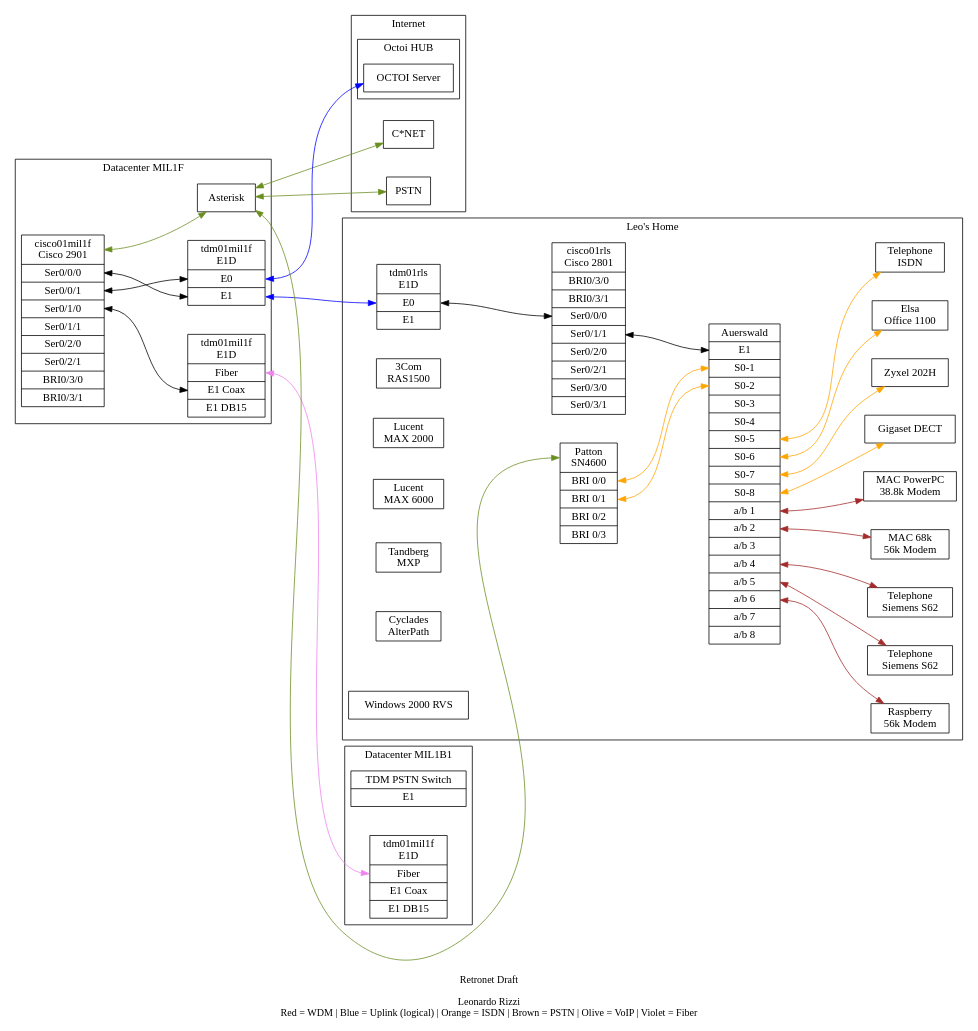
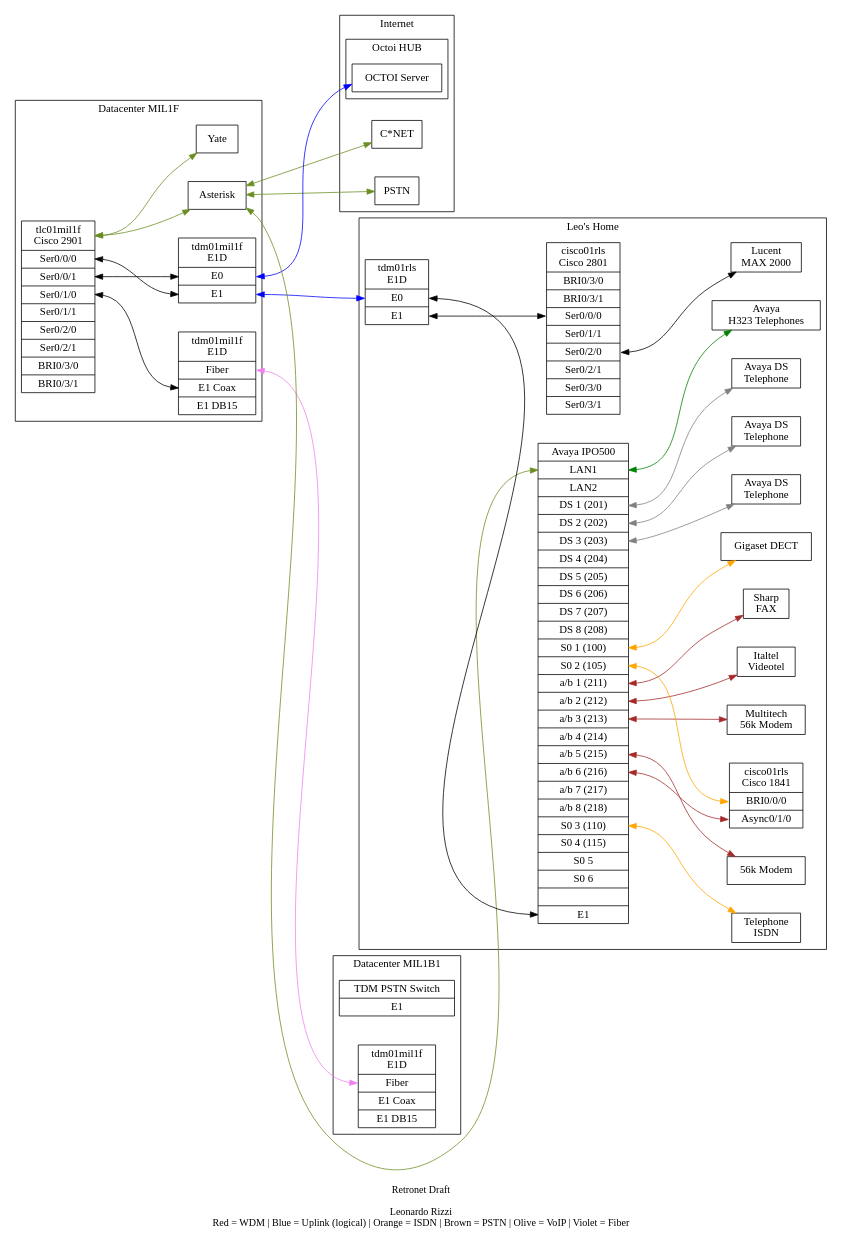
The diagram in e1d.gv (lrizzi/retronet), drawn with Graphviz before and after one commit. The commit also changed 1 other file, not shown here.

```diff
--- a/e1d.gv
+++ b/e1d.gv
@@ -1,150 +1,178 @@
 graph TDM {
 graph [nodesep=0.5, ranksep=1.5];
 //rankdir=RL;
 rankdir=LR;
 //clusterrank=none
 compound=true;
 edge [dir="both"]
 //concentrate=true
 
 subgraph cluster0 {
   label="Internet";
 
-  cnet [shape=record,label="<host>C*NET"]
-  pstn [shape=record,label="<host>PSTN"]
+  cnet [shape=record,label="<host>C*NET"];
+  pstn [shape=record,label="<host>PSTN"];
 
 subgraph cluster00 {
   label="Octoi HUB";
 
-  octoihub [shape=record,label="OCTOI Server"];
+  octoihub [shape=record,label="<host>OCTOI Server"];
 
 }
 }
 
 subgraph cluster1 {
   label="Datacenter MIL1F";
   
-  pbx02mil1 [shape=record,label="<host>Asterisk"]
+  rlt01mil1 [shape=record,label="<host>Asterisk"];
+  rlt02mil1 [shape=record,label="<host>Yate"];
 
   tdm01mil1f [shape=record,label="<host>tdm01mil1f\nE1D|<e0>E0|<e1>E1"];
-  cisco01mil1f [shape=record,label="<host>cisco01mil1f\nCisco 2901|<s000>Ser0/0/0|<s001>Ser0/0/1|<s010>Ser0/1/0|<s011>Ser0/1/1|<s020>Ser0/2/0|<s021>Ser0/2/1|<bri030>BRI0/3/0|<bri031>BRI0/3/1"];
+  tlc01mil1f [shape=record,label="<host>tlc01mil1f\nCisco 2901|<s000>Ser0/0/0|<s001>Ser0/0/1|<s010>Ser0/1/0|<s011>Ser0/1/1|<s020>Ser0/2/0|<s021>Ser0/2/1|<bri030>BRI0/3/0|<bri031>BRI0/3/1"];
 
   fom01mil1f [shape=record,label="<host>tdm01mil1f\nE1D|<fiber>Fiber|<e1coax>E1 Coax|<e1db15>E1 DB15"];
 
 }
 
 subgraph cluster2 {
   label="Datacenter MIL1B1";
   
   tdm01mil1b1 [shape=record,label="<host>TDM PSTN Switch|<e1>E1"];
   fom01mil1b1 [shape=record,label="<host>tdm01mil1f\nE1D|<fiber>Fiber|<e1coax>E1 Coax|<e1db15>E1 DB15"];
   
 }
 
 subgraph cluster3 {
   label="Leo's Home";
-  compt01rls [shape=record,label="<host>Auerswald|<e1>E1|<s01>S0-1|<s02>S0-2|<s03>S0-3|<s04>S0-4|<s05>S0-5|<s06>S0-6|<s07>S0-7|<s08>S0-8|<ab1>a/b 1|<ab2>a/b 2|<ab3>a/b 3|<ab4>a/b 4|<ab5>a/b 5|<ab6>a/b 6|<ab7>a/b 7|<ab8>a/b 8"];
+  //compt01rls [shape=record,label="<host>Auerswald|<e1>E1|<s01>S0-1|<s02>S0-2|<s03>S0-3|<s04>S0-4|<s05>S0-5|<s06>S0-6|<s07>S0-7|<s08>S0-8|<ab1>a/b 1|<ab2>a/b 2|<ab3>a/b 3|<ab4>a/b 4|<ab5>a/b 5|<ab6>a/b 6|<ab7>a/b 7|<ab8>a/b 8"];
+  avaya01rls [shape=record,label="<host>Avaya IPO500|<lan1>LAN1|<lan2>LAN2|<ds_1-1>DS 1 (201)|<ds_1-2>DS 2 (202)|<ds_1-3>DS 3 (203)|<ds_1-4>DS 4 (204)|<ds_1-5>DS 5 (205)|<ds_1-6>DS 6 (206)|<ds_1-7>DS 7 (207)|<ds_1-8>DS 8 (208)|<s0_1-9>S0 1 (100)|<s0_1-10>S0 2 (105)|<ab_2-1>a/b 1 (211)|<ab_2-2>a/b 2 (212)|<ab_2-3>a/b 3 (213)|<ab_2-4>a/b 4 (214)|<ab_2-5>a/b 5 (215)|<ab_2-6>a/b 6 (216)|<ab_2-7>a/b 7 (217)|<ab_2-8>a/b 8 (218)|<s0_2-9>S0 3 (110)|<s0_2-10>S0 4 (115)|<s0_2-11>S0 5|<s0_2-12>S0 6||<e1_4-1>E1"];
   tdm01rls [shape=record,label="<host>tdm01rls\nE1D|<e0>E0|<e1>E1"];
 
   gigaset01rls [shape=record,label="Gigaset DECT"];
-  r02rls [shape=record,label="Zyxel 202H"]
-  r01rls [shape=record,label="Elsa\nOffice 1100"]
+  //r02rls [shape=record,label="Zyxel 202H"]
 
-  tel01rls [shape=record,label="Telephone\nSiemens S62"];
-  tel02rls [shape=record,label="Telephone\nSiemens S62"];
+  //tel01rls [shape=record,label="Telephone\nSiemens S62"];
+  //tel02rls [shape=record,label="Telephone\nSiemens S62"];
 
   itel01rls [shape=record,label="Telephone\nISDN"];
   
-  modem01rls [shape=record,label="MAC PowerPC\n38.8k Modem"];
-  modem02rls [shape=record,label="MAC 68k\n56k Modem"];
-  modem03rls [shape=record,label="Raspberry\n56k Modem"];
+  //modem01rls [shape=record,label="MAC PowerPC\n38.8k Modem"];
+  //modem02rls [shape=record,label="MAC 68k\n56k Modem"];
+  modem03rls [shape=record,label="56k Modem"];
+  modem04rls [shape=record,label="Multitech\n56k Modem"];
 
-  patton01 [shape=record,label="<host>Patton\nSN4600|<bri00>BRI 0/0|<bri01>BRI 0/1|<bri02>BRI 0/2|<bri03>BRI 0/3"]
+  viedotel01rls [shape=record,label="Italtel\nVideotel"];
+  fax01rls [shape=record,label="Sharp\nFAX"];
+
+  //patton01 [shape=record,label="<host>Patton\nSN4600|<bri00>BRI 0/0|<bri01>BRI 0/1|<bri02>BRI 0/2|<bri03>BRI 0/3"]
   cisco01rls [shape=record,label="<host>cisco01rls\nCisco 2801|<bri030>BRI0/3/0|<bri031>BRI0/3/1|<s010>Ser0/0/0|<s011>Ser0/1/1|<s020>Ser0/2/0|<s021>Ser0/2/1|<s030>Ser0/3/0|<s031>Ser0/3/1"];
+  cisco02rls [shape=record,label="<host>cisco01rls\nCisco 1841|<bri000>BRI0/0/0|<as010>Async0/1/0"];
 
   //compt02rls [shape=record,label="<host>Auerswald|<e1>E1|<s01>S0-1|<s02>S0-2|<s03>S0-3|<s04>S0-4|<s05>S0-5|<s06>S0-6|<s07>S0-7|<s08>S0-8|<ab1>a/b 1|<ab2>a/b 2|<ab3>a/b 3|<ab4>a/b 4|<ab5>a/b 5|<ab6>a/b 6|<ab7>a/b 7|<ab8>a/b 8"];
-  //cisco01rls [shape=record,label="<host>cisco01rls\nCisco 2821|<s000>Ser0/0/0|<s001>Ser0/0/1|<s010>Ser0/0/0|<s011>Ser0/1/1|<bri030>BRI0/3/0|<bri031>BRI0/3/1"];
-  //cisco02rls [shape=record,label="<host>cisco02rls\nCisco 2921|<s000>Ser0/0/0|<s001>Ser0/0/1|<s002>Ser0/0/2|<s003>Ser0/0/3|<s010>Ser0/1/0|<s011>Ser0/1/1|<s012>Ser0/1/2|<s013>Ser0/1/3|<bri030>BRI0/3/0|<bri031>BRI0/3/1"];
-  //cisco03rls [shape=record,label="<host>cisco03rls\nCisco 881V|<bri1>BRI1|<bri2>BRI2|<fxs3>FXS3|<fxs4>FXS4|<fxs5>FXS5|<fxs6>FXS6|<fxo7>FXO7"];
+  //cisco03rls [shape=record,label="<host>cisco03rls\nCisco 2821|<s000>Ser0/0/0|<s001>Ser0/0/1|<s010>Ser0/0/0|<s011>Ser0/1/1|<bri030>BRI0/3/0|<bri031>BRI0/3/1"];
+  //cisco04rls [shape=record,label="<host>cisco04rls\nCisco 2921|<s000>Ser0/0/0|<s001>Ser0/0/1|<s002>Ser0/0/2|<s003>Ser0/0/3|<s010>Ser0/1/0|<s011>Ser0/1/1|<s012>Ser0/1/2|<s013>Ser0/1/3|<bri030>BRI0/3/0|<bri031>BRI0/3/1"];
+  //cisco05rls [shape=record,label="<host>cisco05rls\nCisco 881V|<bri1>BRI1|<bri2>BRI2|<fxs3>FXS3|<fxs4>FXS4|<fxs5>FXS5|<fxs6>FXS6|<fxo7>FXO7"];
 
-  ras01rls [shape=record,label="<host>3Com\nRAS1500"]
+  //ras01rls [shape=record,label="<host>3Com\nRAS1500"]
   max01rls [shape=record,label="<host>Lucent\nMAX 2000"]
-  max02rls [shape=record,label="<host>Lucent\nMAX 6000"]
-  tandberg01 [shape=record,label="<host>Tandberg\nMXP"]
+  //max02rls [shape=record,label="<host>Lucent\nMAX 6000"]
+  //tandberg01 [shape=record,label="<host>Tandberg\nMXP"]
 
-  tsrv01 [shape=record,label="<host>Cyclades\nAlterPath"]
+  //tsrv01 [shape=record,label="<host>Cyclades\nAlterPath"]
 
-  // r01rls [shape=record,label="<host>Cisco\nWIC-BRI"]
-  // r02rls [shape=record,label="<host>LANCOM\n1700"]
-  //modem01rls [shape=record,label="Multitech\n56k Modem"];
+  //r02rls [shape=record,label="<host>LANCOM\n1700"]
   //tel01rls [shape=record,label="Telephone"];
+  
+  ds01rls [shape=record,label="Avaya DS\nTelephone"];
+  ds02rls [shape=record,label="Avaya DS\nTelephone"];
+  ds03rls [shape=record,label="Avaya DS\nTelephone"];
 
-  win2000 [shape=record,label="Windows 2000 RVS"];
+  h323rls [shape=record,label="Avaya\nH323 Telephones"];
+
+  //win2000 [shape=record,label="Windows 2000 RVS"];
   //gigaset02rls [shape=record,label="Gigaset DECT"];
 
 }
 
 // OCTOI Logical Link
 tdm01mil1f:e1 -- tdm01rls:e0 [color=blue]
 tdm01mil1f:e0 -- octoihub:host [color=blue]
 
 // MIL1 Campus Link
 fom01mil1f:fiber -- fom01mil1b1:fiber [color=violet]
 
 // MIL1F E1 Switch
 
-cisco01mil1f:s000 -- tdm01mil1f:e1
-cisco01mil1f:s001 -- tdm01mil1f:e0
-cisco01mil1f:s010 -- fom01mil1f:e1coax
+tlc01mil1f:s000 -- tdm01mil1f:e1
+tlc01mil1f:s001 -- tdm01mil1f:e0
+tlc01mil1f:s010 -- fom01mil1f:e1coax
 
 //Moved to RLS
 //cisco02rls:s000 -- tdm01mil1f:e1
 //cisco02rls:s001 -- compt01rls:e1
 //cisco02rls:s002 -- max01rls:e1
 //cisco02rls:s003 -- tdm01mil1f:e0
 //cisco02rls:s010 -- cisco01rls:s000
 //cisco02rls:s011 -- max02rls
 //cisco02rls:s012 -- tandberg01
 //compt01rls:s05 -- r02rls [color=orange]
 //compt01rls:s07 -- r01rls [color=orange]
 //compt01rls:ab1 -- modem01rls [color=brown]
 //compt01rls:ab2 -- tel01rls [color=brown]
 //compt01rls:s04 -- win2000 [color=orange]
 //compt01rls:ab3 -- win2000 [color=brown]
 //compt01rls:s02 -- cisco03rls:bri1 [color=orange]
 //compt01rls:s03 -- tsrv01 [color=orange]
 
 
 //MIL1
 //tdm01mil1:e1 -- compt01mil1:e1 
 //compt01mil1:s01 -- r01mil1 [color=orange]
 //compt01mil1:s02 -- patton01mil1 [color=orange]
-cisco01mil1f:host -- pbx02mil1 [color=olivedrab]
-patton01:host -- pbx02mil1 [color=olivedrab]
-pbx02mil1 -- cnet [color=olivedrab]
-pbx02mil1 -- pstn [color=olivedrab]
+tlc01mil1f:host -- rlt01mil1 [color=olivedrab]
+tlc01mil1f:host -- rlt02mil1 [color=olivedrab]
+avaya01rls:lan1 -- rlt01mil1 [color=olivedrab]
+//avaya01rls:lan1 -- rlt02mil1 [color=olivedrab]
+rlt01mil1 -- cnet [color=olivedrab]
+rlt01mil1 -- pstn [color=olivedrab]
+//rlt01mil1 -- rlt02mil1 [color=olivedrab]
+
 
 //RLS
-tdm01rls:e0 -- cisco01rls:s010
-cisco01rls:s011 -- compt01rls:e1
+tdm01rls:e0 -- avaya01rls:"e1_4-1"
+tdm01rls:e1 -- cisco01rls:s010
+//cisco01rls:s011 -- compt01rls:e1
+cisco01rls:s020 -- max01rls
 
-compt01rls:s05 -- itel01rls [color=orange]
-compt01rls:s06 -- r01rls [color=orange]
-compt01rls:s07 -- r02rls [color=orange]
-compt01rls:s08 -- gigaset01rls [color=orange]
+avaya01rls:lan1 -- h323rls [color=green]
 
-compt01rls:ab1 -- modem01rls [color=brown]
-compt01rls:ab2 -- modem02rls [color=brown]
-//compt01rls:ab3 -- thinkpad [color=brown]
-compt01rls:ab4 -- tel01rls [color=brown]
-compt01rls:ab5 -- tel02rls [color=brown]
-compt01rls:ab6 -- modem03rls [color=brown]
+avaya01rls:"ds_1-1" -- ds01rls [color=grey]
+avaya01rls:"ds_1-2" -- ds02rls [color=grey]
+avaya01rls:"ds_1-3" -- ds03rls [color=grey]
 
-patton01:bri00 -- compt01rls:s01 [color=orange]
-patton01:bri01 -- compt01rls:s02 [color=orange]
+avaya01rls:"s0_1-9" -- gigaset01rls [color=orange]
+avaya01rls:"s0_1-10" -- cisco02rls:bri000 [color=orange]
+avaya01rls:"s0_2-9" -- itel01rls [color=orange]
+
+avaya01rls:"ab_2-1" -- fax01rls [color=brown]
+avaya01rls:"ab_2-2" -- viedotel01rls [color=brown]
+avaya01rls:"ab_2-3" -- modem04rls [color=brown]
+//avaya01rls:"ab_2_4" -- cisco02rls [color=brown]
+avaya01rls:"ab_2-5" -- modem03rls [color=brown]
+avaya01rls:"ab_2-6" -- cisco02rls:as010 [color=brown]
 
 
+//compt01rls:ab1 -- modem01rls [color=brown]
+//compt01rls:ab2 -- modem02rls [color=brown]
+//compt01rls:ab3 -- thinkpad [color=brown]
+//compt01rls:ab4 -- tel01rls [color=brown]
+//compt01rls:ab5 -- tel02rls [color=brown]
+//compt01rls:ab6 -- modem03rls [color=brown]
+
+//patton01:host -- rlt01mil1 [color=olivedrab]
+//patton01:bri00 -- compt01rls:s01 [color=orange]
+//patton01:bri01 -- compt01rls:s02 [color=orange]
 
 label = "\nRetronet Draft\n\nLeonardo Rizzi\nRed = WDM | Blue = Uplink (logical) | Orange = ISDN | Brown = PSTN | Olive = VoIP | Violet = Fiber";
 fontsize=13;
 }
```
